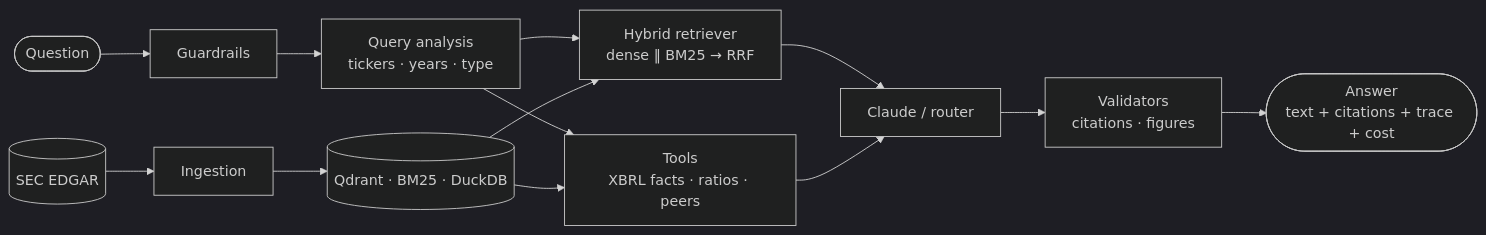
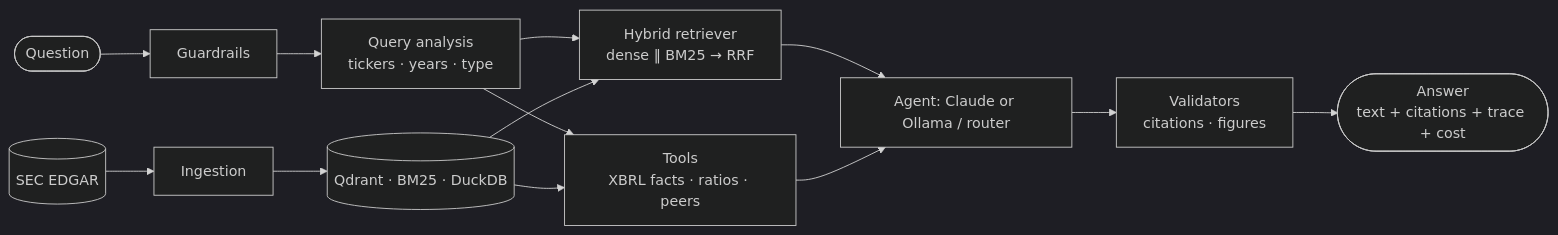
Before and after one commit to Rizzzyyy1/grounded-sec-research-assistant: the diagram in README.md, drawn with Mermaid (dark theme). The commit also changed other lines of this file and 11 other files, not shown here.

````diff
--- a/README.md
+++ b/README.md
@@ -256,13 +257,13 @@
 ```mermaid
 flowchart LR
     q([Question]) --> g[Guardrails] --> a[Query analysis<br/>tickers · years · type]
     a --> r[Hybrid retriever<br/>dense ‖ BM25 → RRF]
     a --> t[Tools<br/>XBRL facts · ratios · peers]
-    r --> l[Claude / router]
+    r --> l[Agent: Claude or Ollama / router]
     t --> l
     l --> v[Validators<br/>citations · figures]
     v --> ans([Answer<br/>text + citations + trace + cost])
     sec[(SEC EDGAR)] --> ing[Ingestion] --> idx[(Qdrant · BM25 · DuckDB)]
     idx --> r
     idx --> t
 ```
````
